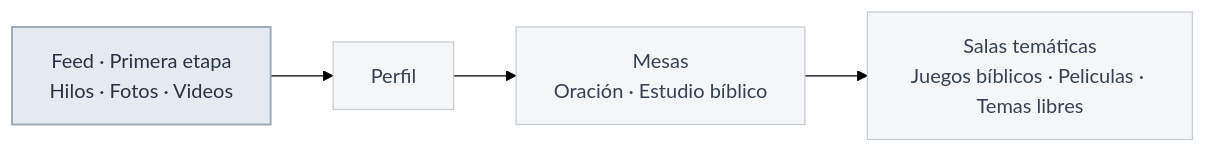
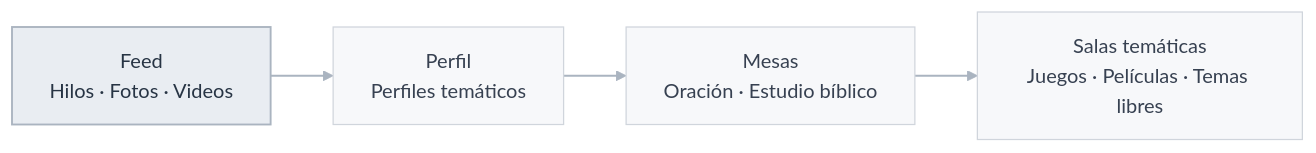
The first of 2 diagrams in README.md (IsaacToDv/FraterChrist.org), drawn with Mermaid (forest theme) before and after one commit.

Commit message:
docs: refine product flow diagram spacing and labels

```diff
--- a/README.md
+++ b/README.md
@@ -35,14 +35,15 @@
 ~~~mermaid
 flowchart LR
-    Feed["Feed · Primera etapa<br/>Hilos · Fotos · Videos"]
-    Profile["Perfil"]
+    Feed["Feed<br/>Hilos · Fotos · Videos"]
+    Profile["Perfil<br/>Perfiles temáticos"]
     Tables["Mesas<br/>Oración · Estudio bíblico"]
-    Rooms["Salas temáticas<br/>Juegos bíblicos · Peliculas · Temas libres"]
+    Rooms["Salas temáticas<br/>Juegos · Películas · Temas libres"]
 
     Feed --> Profile --> Tables --> Rooms
 
-    classDef first fill:#E5EAF0,stroke:#9AA7B5,color:#273444,stroke-width:1.5px;
-    classDef next fill:#F5F6F8,stroke:#C6CDD5,color:#374151,stroke-width:1px;
+    classDef first fill:#E9EDF2,stroke:#AAB4C0,color:#273444,stroke-width:1.5px;
+    classDef next fill:#F7F8FA,stroke:#D0D5DC,color:#374151,stroke-width:1px;
     class Feed first;
     class Profile,Tables,Rooms next;
+    linkStyle default stroke:#AAB4C0,stroke-width:1.5px;
 ~~~
```
